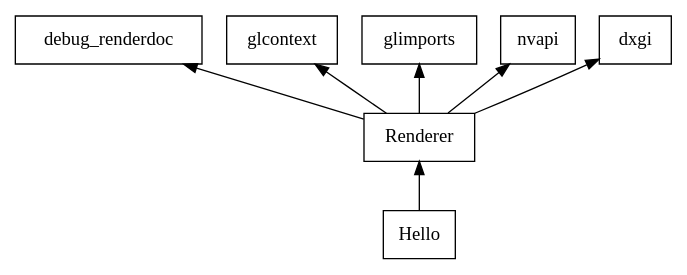
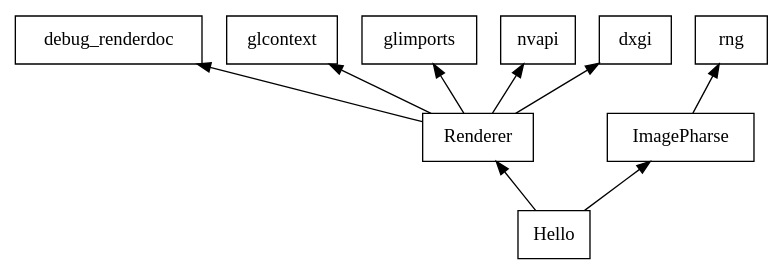
Before and after one commit to guo122/old_SxB: the diagram in doc/tinybgfx_helloworld.dot, drawn with Graphviz. The commit also changed 51 other files, not shown here.

```diff
--- a/doc/tinybgfx_helloworld.dot
+++ b/doc/tinybgfx_helloworld.dot
@@ -1,15 +1,18 @@
 digraph tinybgfx_helloworld {
 
 	rankdir = BT
 
 	node [
 		shape = "record"
 	]
 	
 	Hello -> Renderer
 	Renderer -> debug_renderdoc
 	Renderer -> glcontext
 	Renderer -> glimports
 	Renderer -> nvapi
 	Renderer -> dxgi
+	
+	Hello -> ImagePharse
+	ImagePharse -> rng
 }
```
